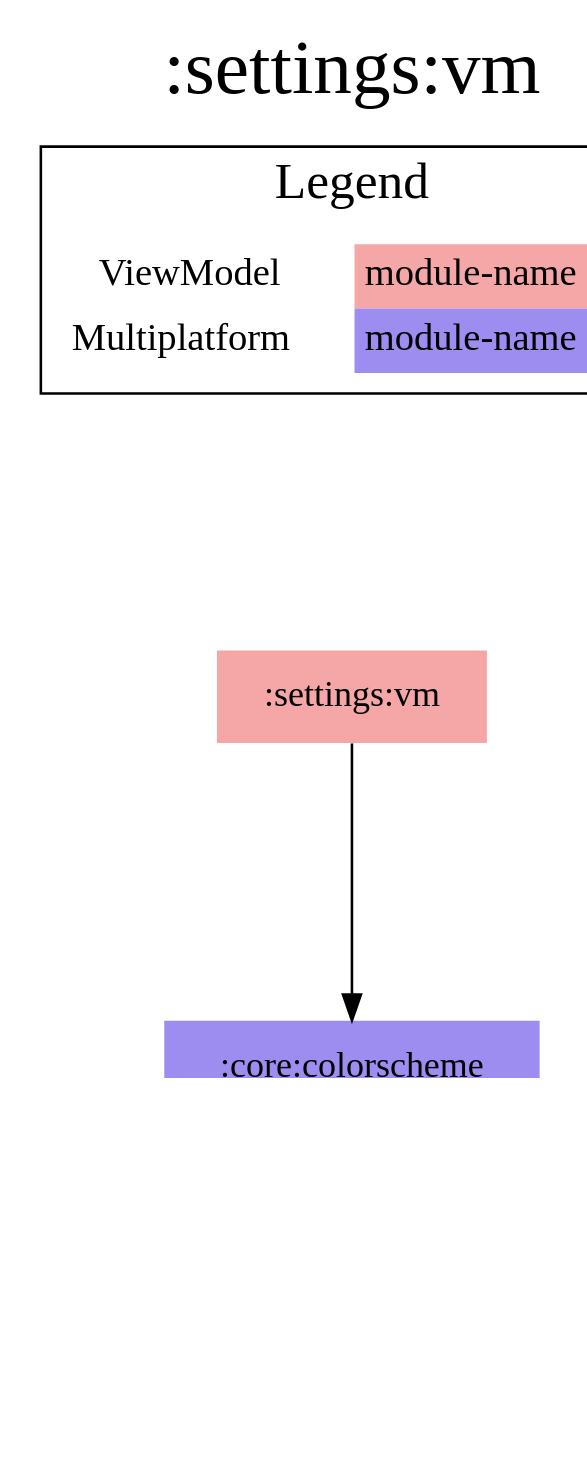
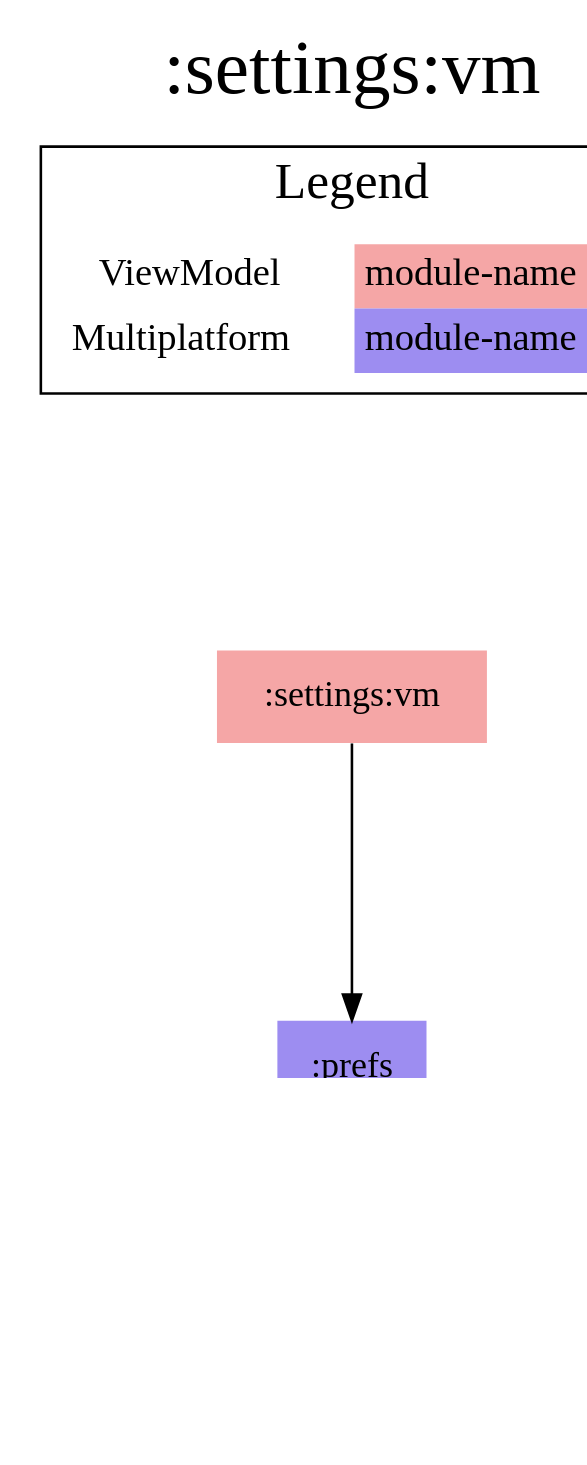
One commit to jonapoul/aktual changed the diagram in modules/settings/vm/modules.dot. Above: the diagram before and after it, drawn with Graphviz. The commit also changed 36 other files, not shown here.

Commit message:
core:colorscheme -> prefs

```diff
--- a/modules/settings/vm/modules.dot
+++ b/modules/settings/vm/modules.dot
@@ -1,24 +1,24 @@
 digraph {
 edge ["dir"="forward"]
 graph ["dpi"="100","label"=":settings:vm","labelloc"="t","fontsize"="30","ranksep"="1.5","rankdir"="TB"]
 node ["style"="filled"]
-":core:colorscheme" ["fillcolor"="#9D8DF1","shape"="none"]
 ":core:model" ["fillcolor"="#9D8DF1","shape"="none"]
+":prefs" ["fillcolor"="#9D8DF1","shape"="none"]
 ":settings:vm" ["fillcolor"="#F5A6A6","shape"="none"]
 {
 edge ["dir"="none"]
 graph ["rank"="same"]
 }
-":core:colorscheme" -> ":core:model"
-":settings:vm" -> ":core:colorscheme"
+":prefs" -> ":core:model"
+":settings:vm" -> ":prefs"
 subgraph "cluster_legend" {
 edge ["dir"="none"]
 graph ["label"="Legend","fontsize"="20"]
 "Legend" ["style"="filled","fillcolor"="#FFFFFF","shape"="none","margin"="0","fontsize"="15","label"=<
 <TABLE BORDER="0" CELLBORDER="0" CELLSPACING="0" CELLPADDING="4">
 <TR><TD>ViewModel</TD><TD BGCOLOR="#F5A6A6">module-name</TD></TR>
 <TR><TD>Multiplatform</TD><TD BGCOLOR="#9D8DF1">module-name</TD></TR>
 </TABLE>
 >]
 } -> ":settings:vm" ["style"="invis"]
 }
```
